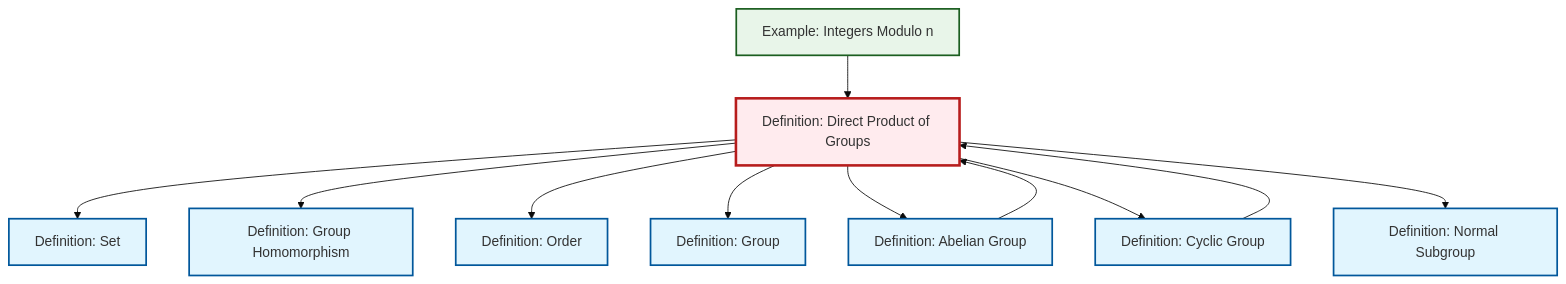
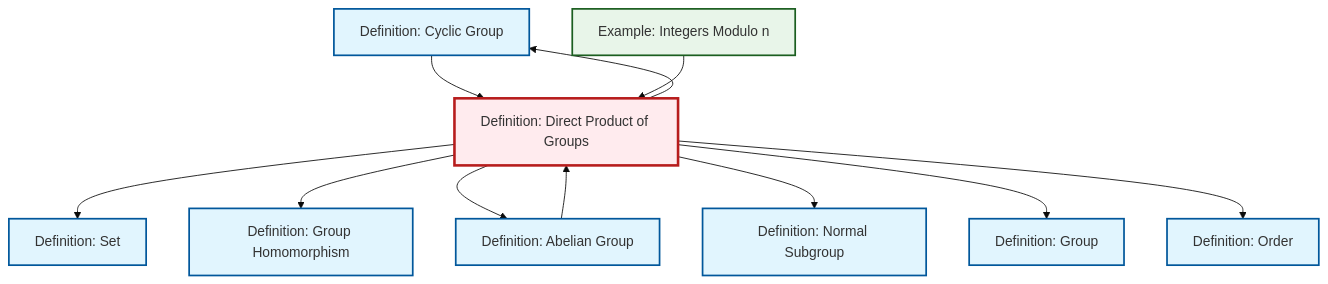
One commit to RK0429/ModernMath changed the diagram in content/ja/algebra/def-direct-product.qmd. Above: the diagram before and after it, drawn with Mermaid (base theme). The commit also changed other lines of this file and 597 other files, not shown here.

````diff
--- a/content/ja/algebra/def-direct-product.qmd
+++ b/content/ja/algebra/def-direct-product.qmd
@@ -25,37 +25,37 @@
 ```{mermaid}
 %%| fig-cap: "Local dependency graph"
 graph TD
     classDef definition fill:#e1f5fe,stroke:#01579b,stroke-width:2px
     classDef theorem fill:#f3e5f5,stroke:#4a148c,stroke-width:2px
     classDef axiom fill:#fff3e0,stroke:#e65100,stroke-width:2px
     classDef example fill:#e8f5e9,stroke:#1b5e20,stroke-width:2px
     classDef current fill:#ffebee,stroke:#b71c1c,stroke-width:3px
+    def-cyclic-group["Definition: Cyclic Group"]:::definition
+    def-order["Definition: Order"]:::definition
     ex-quotient-integers-mod-n["Example: Integers Modulo n"]:::example
-    def-order["Definition: Order"]:::definition
+    def-homomorphism["Definition: Group Homomorphism"]:::definition
+    def-set["Definition: Set"]:::definition
+    def-normal-subgroup["Definition: Normal Subgroup"]:::definition
     def-abelian-group["Definition: Abelian Group"]:::definition
-    def-cyclic-group["Definition: Cyclic Group"]:::definition
-    def-set["Definition: Set"]:::definition
+    def-direct-product["Definition: Direct Product of Groups"]:::definition
     def-group["Definition: Group"]:::definition
-    def-homomorphism["Definition: Group Homomorphism"]:::definition
-    def-normal-subgroup["Definition: Normal Subgroup"]:::definition
-    def-direct-product["Definition: Direct Product of Groups"]:::definition
-    ex-quotient-integers-mod-n --> def-direct-product
-    def-cyclic-group --> def-direct-product
     def-direct-product --> def-set
     def-direct-product --> def-homomorphism
-    def-direct-product --> def-order
-    def-direct-product --> def-group
     def-direct-product --> def-abelian-group
-    def-direct-product --> def-cyclic-group
     def-direct-product --> def-normal-subgroup
     def-abelian-group --> def-direct-product
+    def-direct-product --> def-group
+    def-cyclic-group --> def-direct-product
+    def-direct-product --> def-order
+    def-direct-product --> def-cyclic-group
+    ex-quotient-integers-mod-n --> def-direct-product
     class def-direct-product current
+    click def-cyclic-group "def-cyclic-group.html" "Definition: Cyclic Groupへ"
+    click def-order "def-order.html" "Definition: Orderへ"
     click ex-quotient-integers-mod-n "ex-quotient-integers-mod-n.html" "Example: Integers Modulo nへ"
-    click def-order "def-order.html" "Definition: Orderへ"
+    click def-homomorphism "def-homomorphism.html" "Definition: Group Homomorphismへ"
+    click def-set "def-set.html" "Definition: Setへ"
+    click def-normal-subgroup "def-normal-subgroup.html" "Definition: Normal Subgroupへ"
     click def-abelian-group "def-abelian-group.html" "Definition: Abelian Groupへ"
-    click def-cyclic-group "def-cyclic-group.html" "Definition: Cyclic Groupへ"
-    click def-set "def-set.html" "Definition: Setへ"
     click def-group "def-group.html" "Definition: Groupへ"
-    click def-homomorphism "def-homomorphism.html" "Definition: Group Homomorphismへ"
-    click def-normal-subgroup "def-normal-subgroup.html" "Definition: Normal Subgroupへ"
 ```
````
